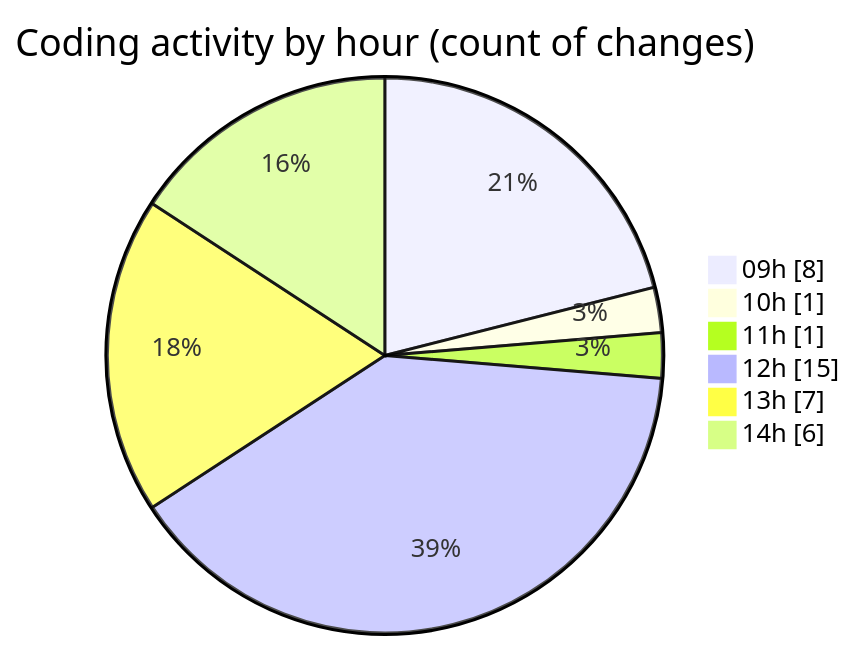
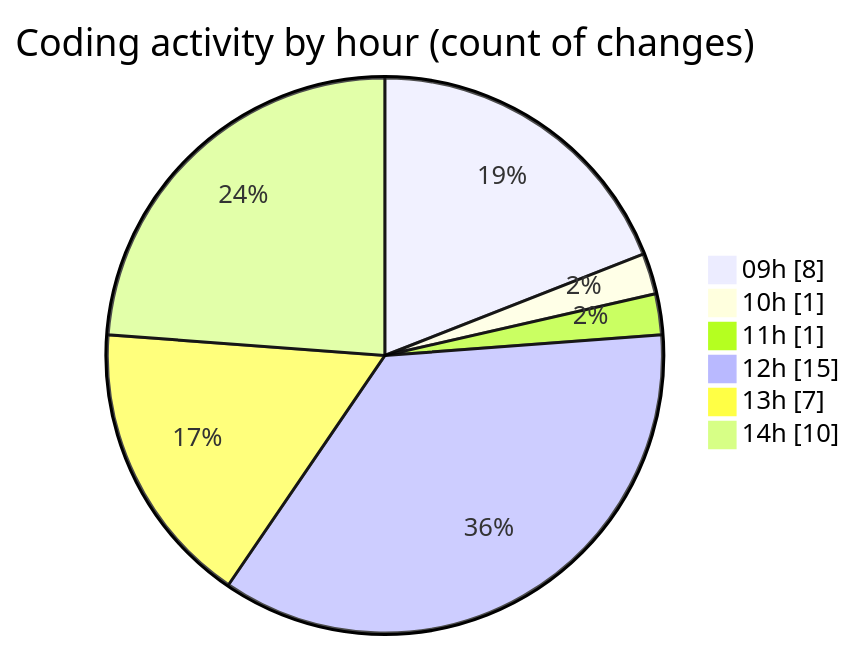
One commit to momahboobian/code-tracking changed the second of 2 diagrams in 2025-05-06/cda/README.md. Above: the diagram before and after it, drawn with Mermaid. The commit also changed other lines of this file and 1 other file, not shown here.

````diff
--- a/2025-05-06/cda/README.md
+++ b/2025-05-06/cda/README.md
@@ -41,10 +41,10 @@
 ```mermaid
 pie showData
 title Coding activity by hour (count of changes)
 "09h" : 8
 "10h" : 1
 "11h" : 1
 "12h" : 15
 "13h" : 7
-"14h" : 6
+"14h" : 10
 ```
````
